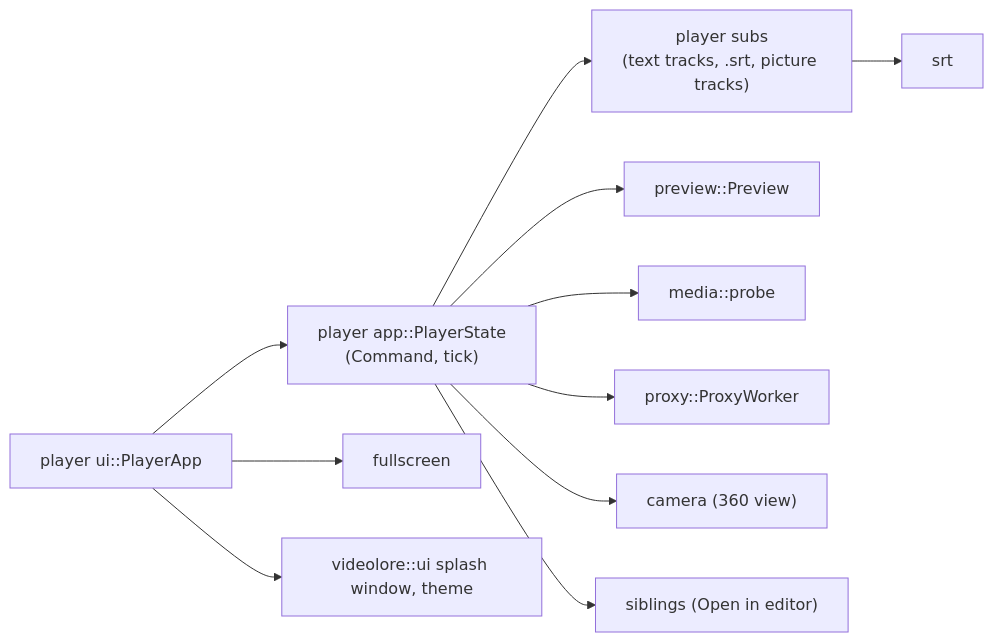
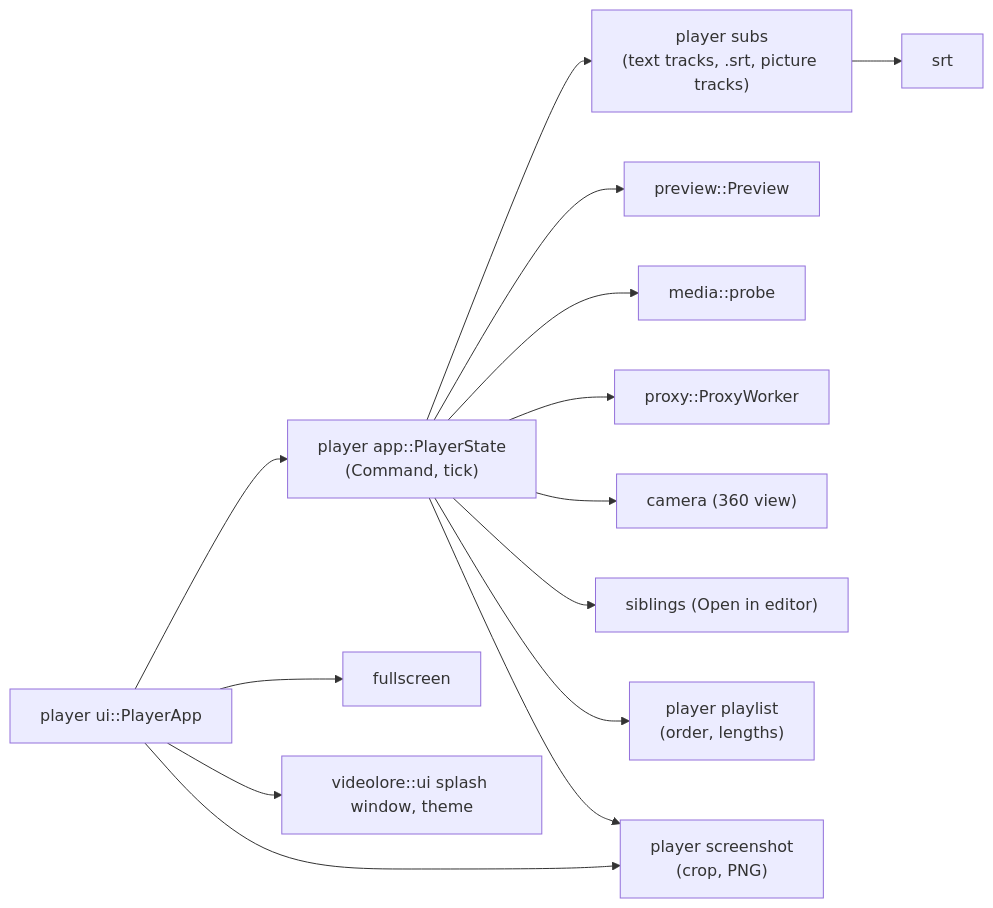
The fifth of 6 diagrams in docs/code-architecture.md (andrealorenzani/videolore), drawn with Mermaid before and after one commit. The commit also changed other lines of this file and 99 other files, not shown here.

Commit message:
Add a more precise timeline with picture strips, projects as media, playlist editing and screenshots in the player, and less noise in screen recordings

````diff
--- a/docs/code-architecture.md
+++ b/docs/code-architecture.md
@@ -133,13 +139,16 @@
 ```mermaid
 flowchart LR
   PUI["player ui::PlayerApp"] --> PST["player app::PlayerState<br/>(Command, tick)"]
   PUI --> FS["fullscreen"]
   PUI --> SPL["videolore::ui splash window, theme"]
   PST --> SUBS["player subs<br/>(text tracks, .srt, picture tracks)"]
   PST --> PRE["preview::Preview"]
   PST --> MED["media::probe"]
   PST --> PRX2["proxy::ProxyWorker"]
   PST --> CAM["camera (360 view)"]
   PST --> SIB["siblings (Open in editor)"]
+  PST --> LST["player playlist<br/>(order, lengths)"]
+  PUI --> SHOT["player screenshot<br/>(crop, PNG)"]
+  PST --> SHOT
   SUBS --> SRT["srt"]
 ```
````
